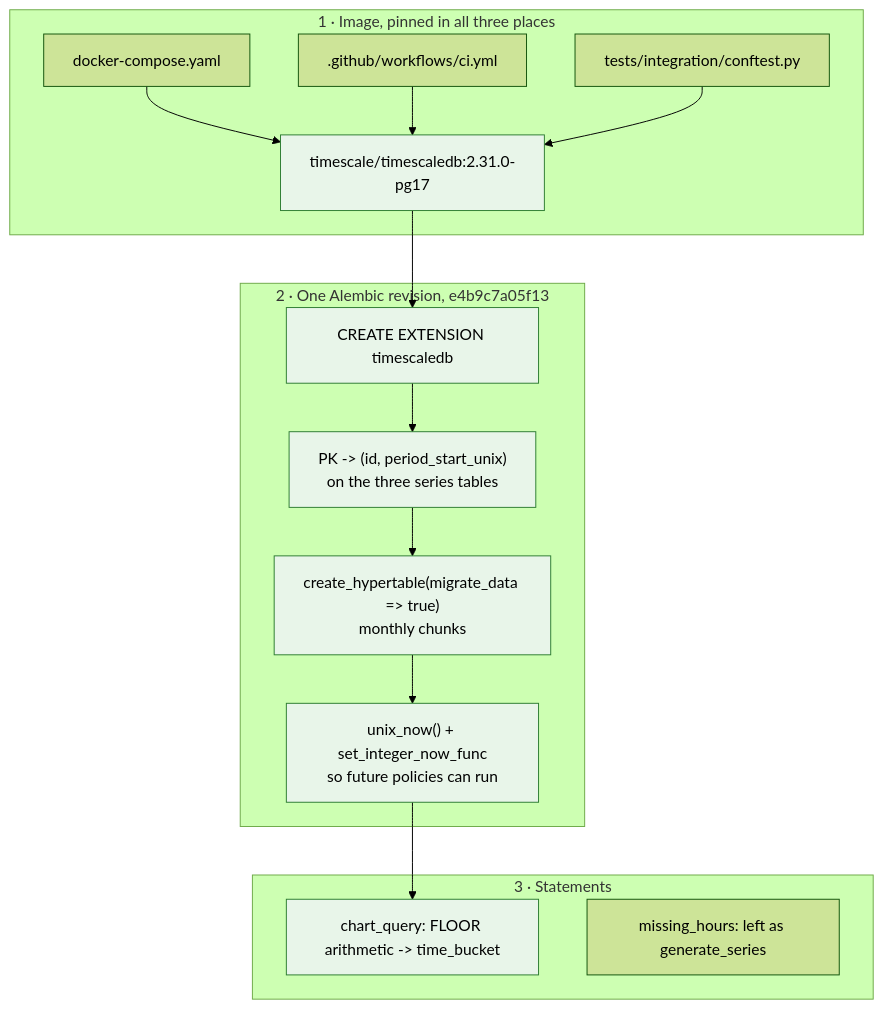
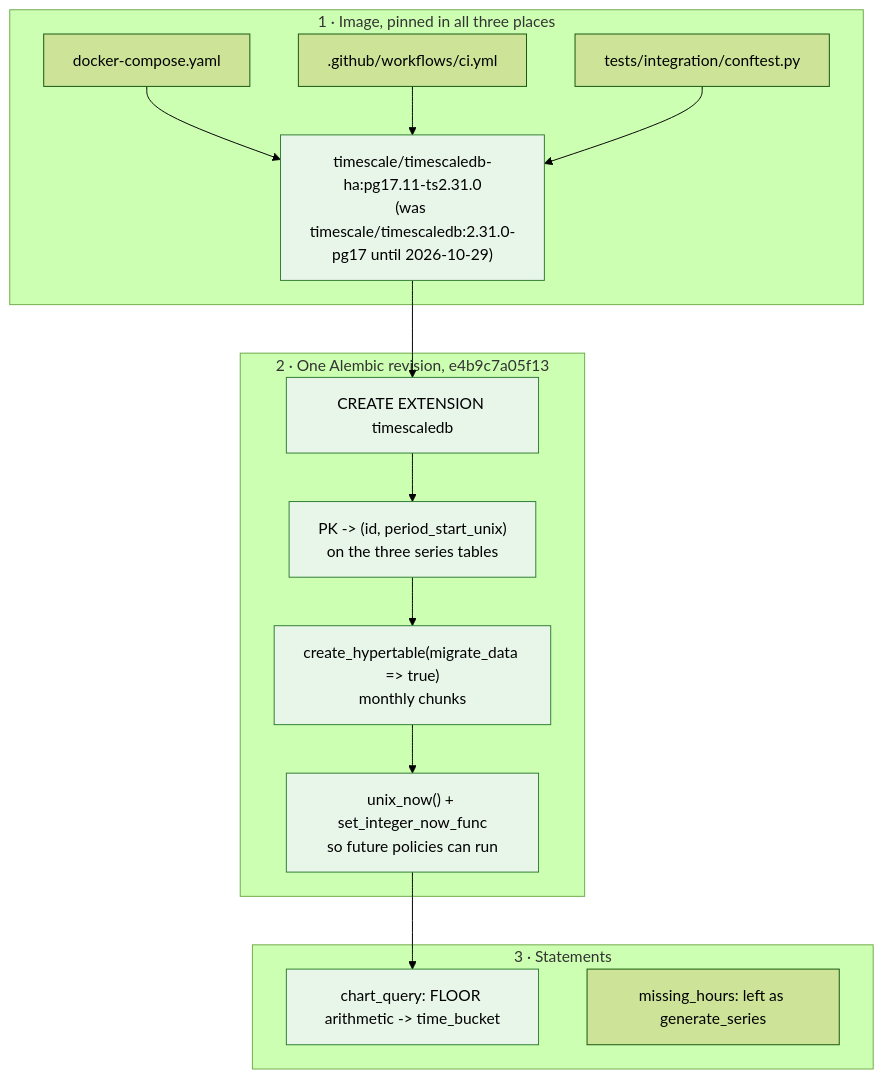
One commit to stamzid/candlegraph changed the diagram in docs/storage/timescaledb/DESIGN.md. Above: the diagram before and after it, drawn with Mermaid (forest theme). The commit also changed other lines of this file and 20 other files, not shown here.

````diff
--- a/docs/storage/timescaledb/DESIGN.md
+++ b/docs/storage/timescaledb/DESIGN.md
@@ -47,28 +47,28 @@
 ```mermaid
 flowchart TD
   subgraph img["1 · Image, pinned in all three places"]
     I1["docker-compose.yaml"]
     I2[".github/workflows/ci.yml"]
     I3["tests/integration/conftest.py"]
-    I1 & I2 & I3 --> IT["timescale/timescaledb:2.31.0-pg17"]
+    I1 & I2 & I3 --> IT["timescale/timescaledb-ha:pg17.11-ts2.31.0<br/>(was timescale/timescaledb:2.31.0-pg17 until 2026-10-29)"]
   end
 
   subgraph mig["2 · One Alembic revision, e4b9c7a05f13"]
     M1["CREATE EXTENSION timescaledb"]
     M2["PK -> (id, period_start_unix)<br/>on the three series tables"]
     M3["create_hypertable(migrate_data => true)<br/>monthly chunks"]
     M4["unix_now() + set_integer_now_func<br/>so future policies can run"]
     M1 --> M2 --> M3 --> M4
   end
 
   subgraph sql["3 · Statements"]
     S1["chart_query: FLOOR arithmetic -> time_bucket"]
     S2["missing_hours: left as generate_series"]
   end
 
   IT --> M1
   M4 --> S1
 
   classDef done fill:#e8f5e9,stroke:#2e7d32
   class IT,M1,M2,M3,M4,S1 done
 ```
````
